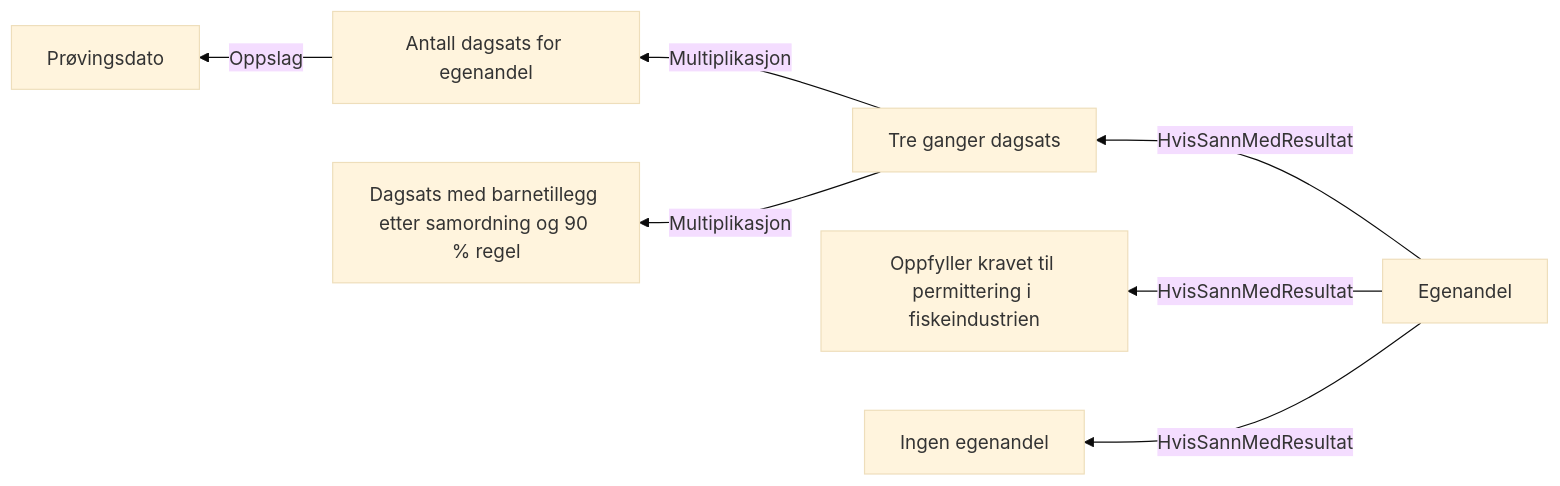
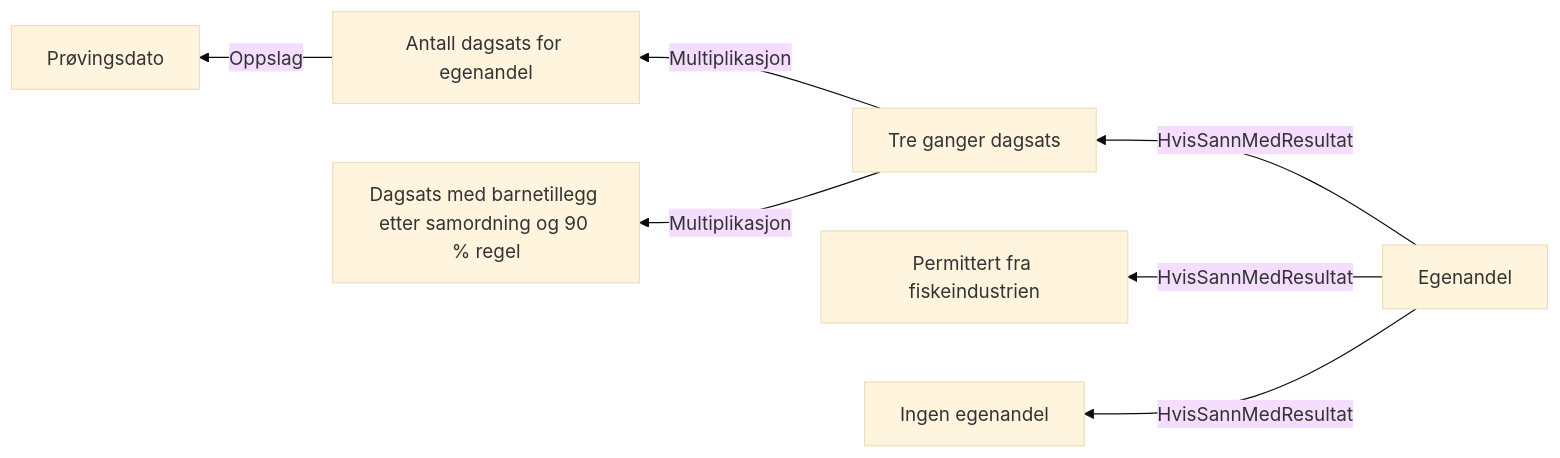
One commit to navikt/dp-behandling changed the diagram in docs/regler/§ 4-9. Egenandel.approved.md. Above: the diagram before and after it, drawn with Mermaid (base theme). The commit also changed 7 other files, not shown here.

````diff
--- a/docs/regler/§ 4-9. Egenandel.approved.md
+++ b/docs/regler/§ 4-9. Egenandel.approved.md
@@ -5,9 +5,9 @@
 ```mermaid
 graph RL
   A["Antall dagsats for egenandel"] -->|"Oppslag"| B["Prøvingsdato"]
   C["Tre ganger dagsats"] -->|"Multiplikasjon"| D["Dagsats med barnetillegg etter samordning og 90 % regel"]
   C["Tre ganger dagsats"] -->|"Multiplikasjon"| A["Antall dagsats for egenandel"]
-  E["Egenandel"] -->|"HvisSannMedResultat"| F["Oppfyller kravet til permittering i fiskeindustrien"]
+  E["Egenandel"] -->|"HvisSannMedResultat"| F["Permittert fra fiskeindustrien"]
   E["Egenandel"] -->|"HvisSannMedResultat"| G["Ingen egenandel"]
   E["Egenandel"] -->|"HvisSannMedResultat"| C["Tre ganger dagsats"]
 ```
````
